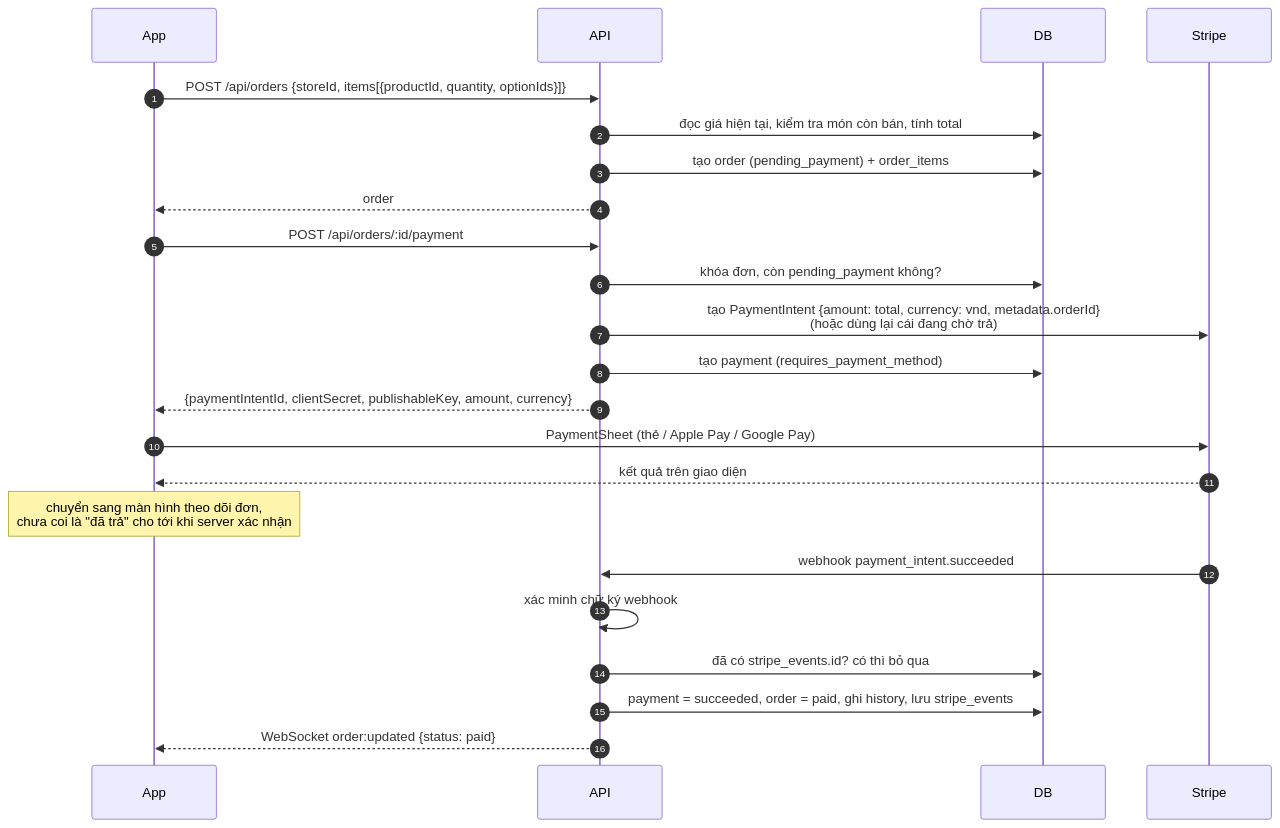
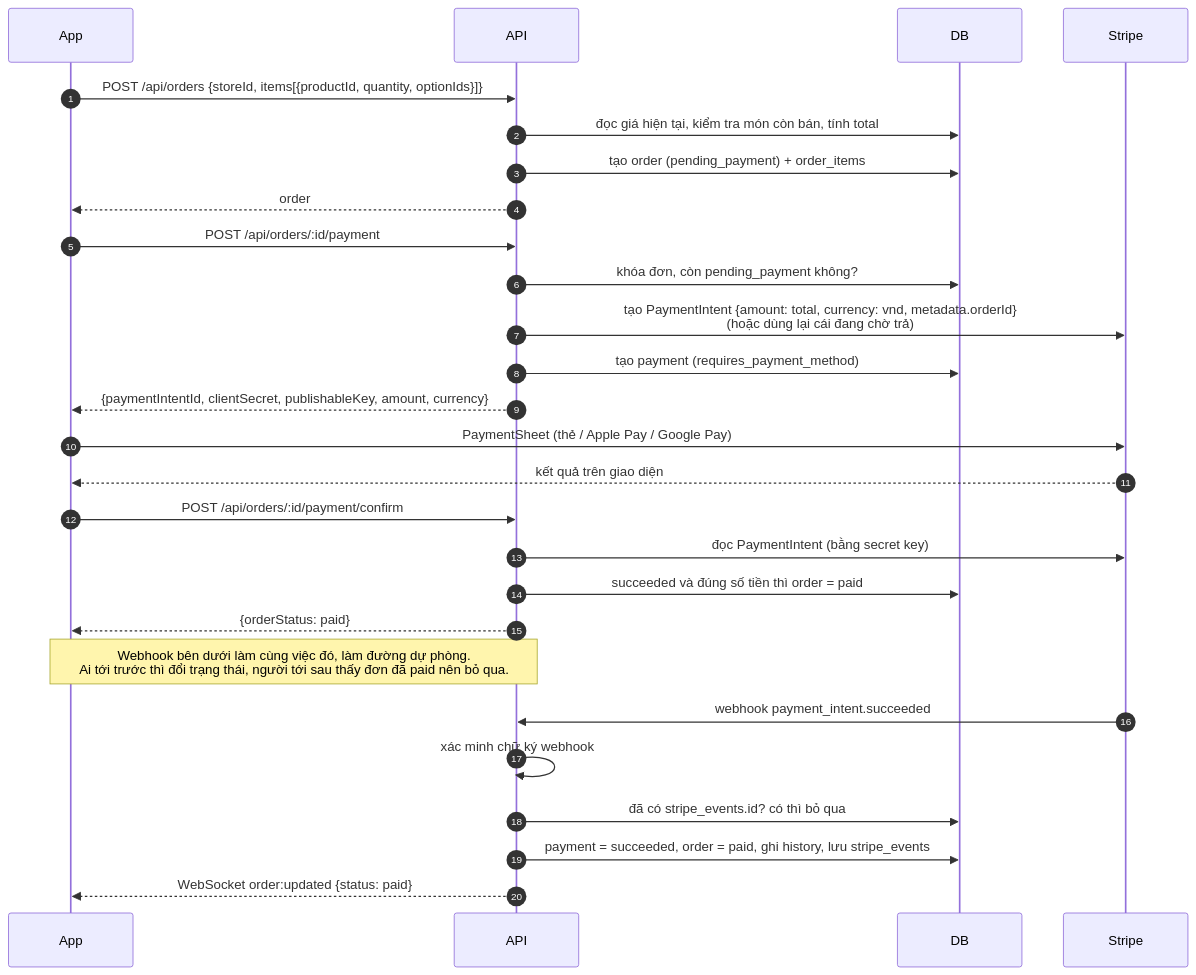
Before and after one commit to HaiBang1010/BrewNative: the seventh of 9 diagrams in docs/data-model-and-flow.md, drawn with Mermaid. The commit also changed other lines of this file and 13 other files, not shown here.

First line of the commit message:
Confirm payments without the webhook and hide unpaid orders

````diff
--- a/docs/data-model-and-flow.md
+++ b/docs/data-model-and-flow.md
@@ -329,29 +329,33 @@
 ```mermaid
 sequenceDiagram
   autonumber
   participant App
   participant API
   participant DB
   participant Stripe
 
   App->>API: POST /api/orders {storeId, items[{productId, quantity, optionIds}]}
   API->>DB: đọc giá hiện tại, kiểm tra món còn bán, tính total
   API->>DB: tạo order (pending_payment) + order_items
   API-->>App: order
 
   App->>API: POST /api/orders/:id/payment
   API->>DB: khóa đơn, còn pending_payment không?
   API->>Stripe: tạo PaymentIntent {amount: total, currency: vnd, metadata.orderId}<br/>(hoặc dùng lại cái đang chờ trả)
   API->>DB: tạo payment (requires_payment_method)
   API-->>App: {paymentIntentId, clientSecret, publishableKey, amount, currency}
 
   App->>Stripe: PaymentSheet (thẻ / Apple Pay / Google Pay)
   Stripe-->>App: kết quả trên giao diện
-  Note over App: chuyển sang màn hình theo dõi đơn,<br/>chưa coi là "đã trả" cho tới khi server xác nhận
+  App->>API: POST /api/orders/:id/payment/confirm
+  API->>Stripe: đọc PaymentIntent (bằng secret key)
+  API->>DB: succeeded và đúng số tiền thì order = paid
+  API-->>App: {orderStatus: paid}
+  Note over App,API: Webhook bên dưới làm cùng việc đó, làm đường dự phòng.<br/>Ai tới trước thì đổi trạng thái, người tới sau thấy đơn đã paid nên bỏ qua.
 
   Stripe->>API: webhook payment_intent.succeeded
   API->>API: xác minh chữ ký webhook
   API->>DB: đã có stripe_events.id? có thì bỏ qua
   API->>DB: payment = succeeded, order = paid, ghi history, lưu stripe_events
   API-->>App: WebSocket order:updated {status: paid}
 ```
````
